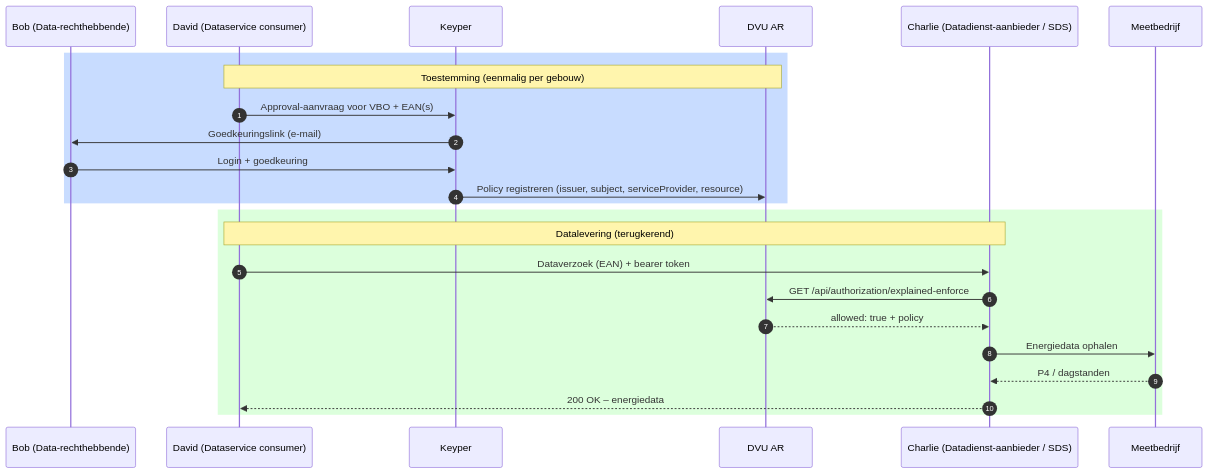
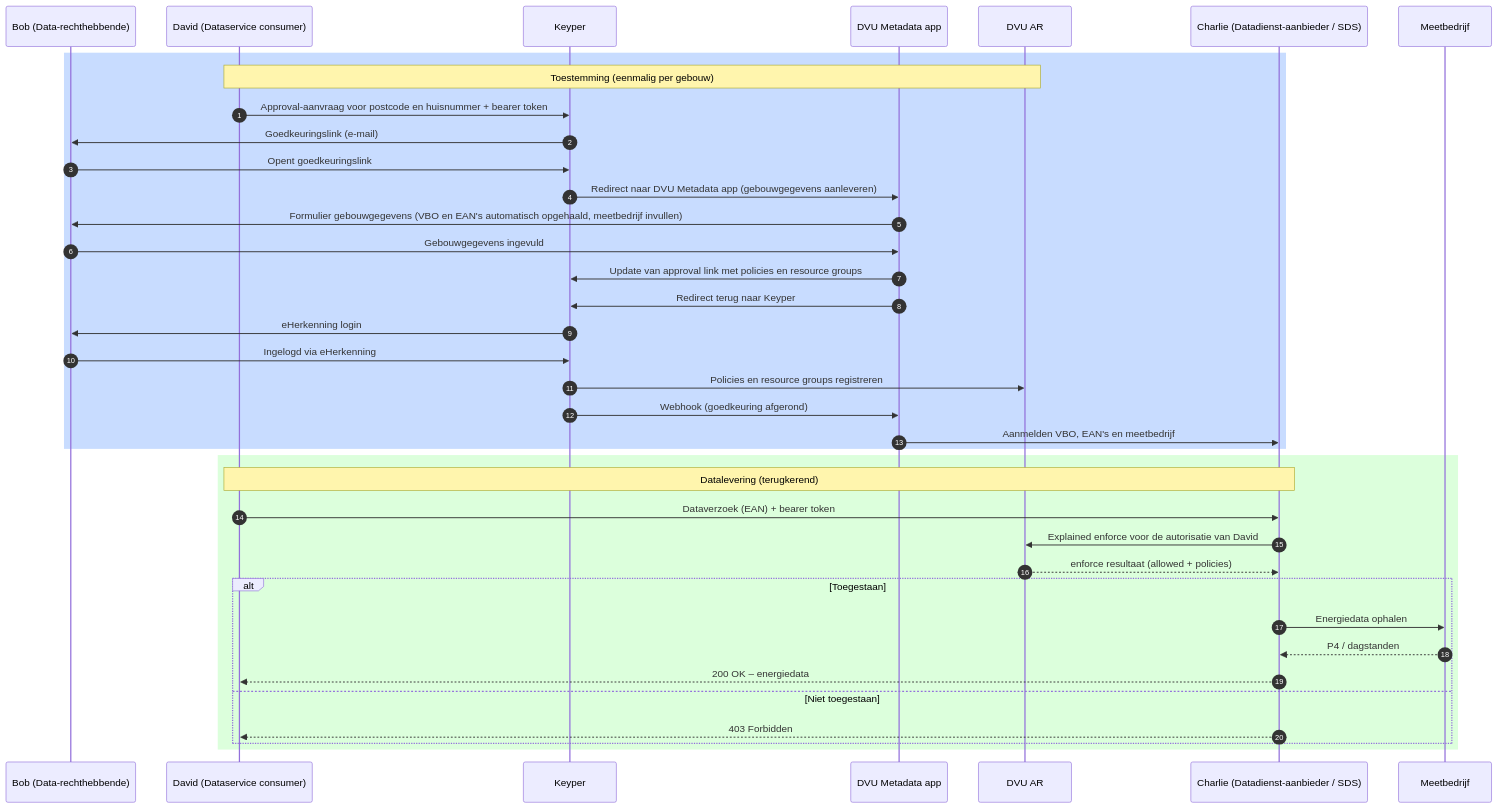
Before and after one commit to POORT8/Poort8.Docs: the diagram in dvu-draft/README.md, drawn with Mermaid. The commit also changed other lines of this file and 7 other files, not shown here.

````diff
--- a/dvu-draft/README.md
+++ b/dvu-draft/README.md
@@ -21,28 +21,42 @@
 ```mermaid
 sequenceDiagram
     autonumber
     participant Bob as Bob (Data-rechthebbende)
     participant David as David (Dataservice consumer)
     participant Keyper as Keyper
+    participant Meta as DVU Metadata app
     participant DVU as DVU AR
     participant Charlie as Charlie (Datadienst-aanbieder / SDS)
     participant MB as Meetbedrijf
 
     rect rgb(200, 220, 255)
     note over David,DVU: Toestemming (eenmalig per gebouw)
-    David->>Keyper: Approval-aanvraag voor VBO + EAN(s)
+    David->>Keyper: Approval-aanvraag voor postcode en huisnummer + bearer token
     Keyper->>Bob: Goedkeuringslink (e-mail)
-    Bob->>Keyper: Login + goedkeuring
-    Keyper->>DVU: Policy registreren (issuer, subject, serviceProvider, resource)
+    Bob->>Keyper: Opent goedkeuringslink
+    Keyper->>Meta: Redirect naar DVU Metadata app (gebouwgegevens aanleveren)
+    Meta->>Bob: Formulier gebouwgegevens (VBO en EAN's automatisch opgehaald, meetbedrijf invullen)
+    Bob->>Meta: Gebouwgegevens ingevuld
+    Meta->>Keyper: Update van approval link met policies en resource groups
+    Meta->>Keyper: Redirect terug naar Keyper
+    Keyper->>Bob: eHerkenning login
+    Bob->>Keyper: Ingelogd via eHerkenning
+    Keyper->>DVU: Policies en resource groups registreren
+    Keyper->>Meta: Webhook (goedkeuring afgerond)
+    Meta->>Charlie: Aanmelden VBO, EAN's en meetbedrijf
     end
 
     rect rgb(220, 255, 220)
     note over David,Charlie: Datalevering (terugkerend)
     David->>Charlie: Dataverzoek (EAN) + bearer token
-    Charlie->>DVU: GET /api/authorization/explained-enforce
-    DVU-->>Charlie: allowed: true + policy
-    Charlie->>MB: Energiedata ophalen
-    MB-->>Charlie: P4 / dagstanden
-    Charlie-->>David: 200 OK – energiedata
+    Charlie->>DVU: Explained enforce voor de autorisatie van David
+    DVU-->>Charlie: enforce resultaat (allowed + policies)
+    alt Toegestaan
+        Charlie->>MB: Energiedata ophalen
+        MB-->>Charlie: P4 / dagstanden
+        Charlie-->>David: 200 OK – energiedata
+    else Niet toegestaan
+        Charlie-->>David: 403 Forbidden
+    end
     end
 ```
````
